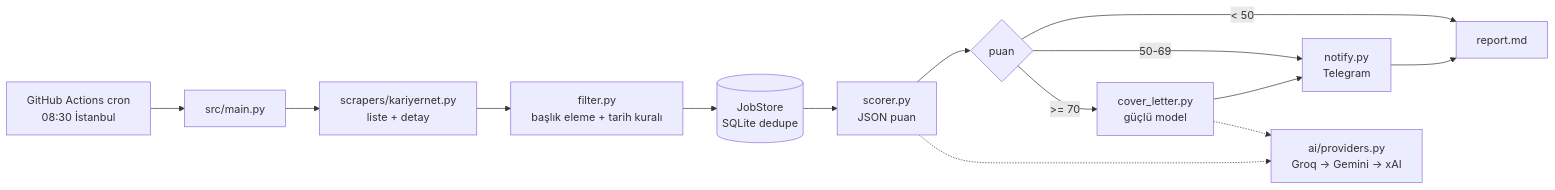
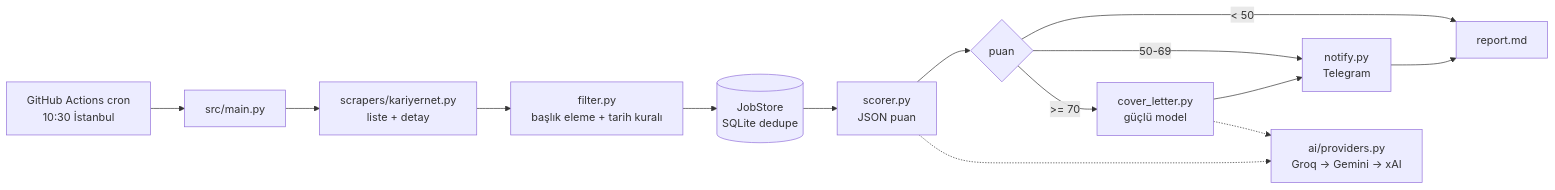
One commit to cantekcan/job-hunter changed the diagram in README.md. Above: the diagram before and after it, drawn with Mermaid. The commit also changed other lines of this file and 2 other files, not shown here.

First line of the commit message:
Günlük çalışmayı 10:30 İstanbul (07:30 UTC) saatine al

````diff
--- a/README.md
+++ b/README.md
@@ -25,15 +25,15 @@
 ```mermaid
 flowchart LR
-    A[GitHub Actions cron<br/>08:30 İstanbul] --> B[src/main.py]
+    A[GitHub Actions cron<br/>10:30 İstanbul] --> B[src/main.py]
     B --> C[scrapers/kariyernet.py<br/>liste + detay]
     C --> D[filter.py<br/>başlık eleme + tarih kuralı]
     D --> E[(JobStore<br/>SQLite dedupe)]
     E --> F[scorer.py<br/>JSON puan]
     F --> G{puan}
     G -- "< 50" --> R[report.md]
     G -- "50-69" --> T[notify.py<br/>Telegram]
     G -- ">= 70" --> L[cover_letter.py<br/>güçlü model] --> T
     T --> R
     F -.-> P[ai/providers.py<br/>Groq → Gemini → xAI]
     L -.-> P
 ```
````
